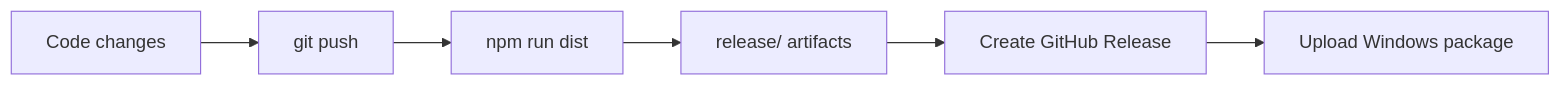
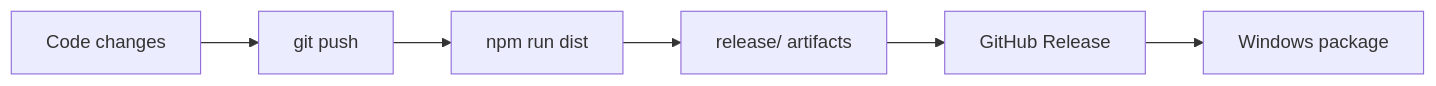
One commit to RICK2814/teaching-studio changed the second of 2 diagrams in README.md. Above: the diagram before and after it, drawn with Mermaid. The commit also changed other lines of this file, not shown here.

````diff
--- a/README.md
+++ b/README.md
@@ -403,8 +331,8 @@
 ```mermaid
 flowchart LR
     A[Code changes] --> B[git push]
     B --> C[npm run dist]
     C --> D[release/ artifacts]
-    D --> E[Create GitHub Release]
-    E --> F[Upload Windows package]
+    D --> E[GitHub Release]
+    E --> F[Windows package]
 ```
````
